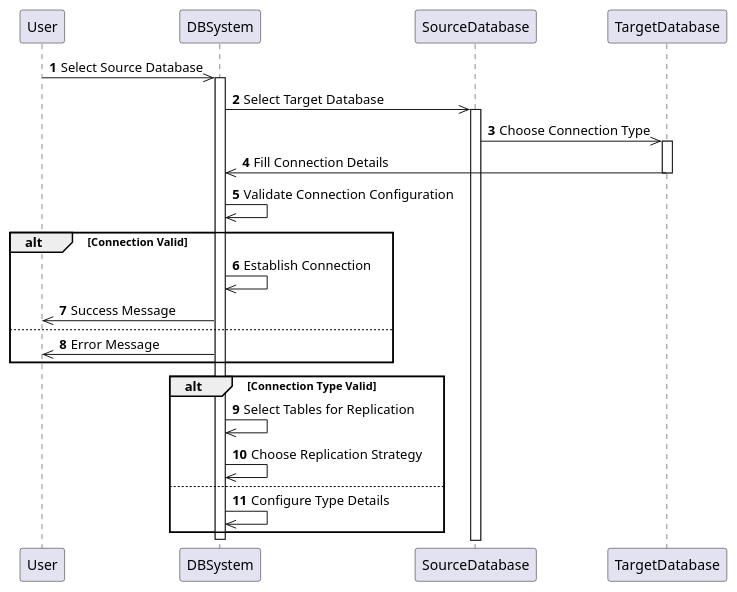
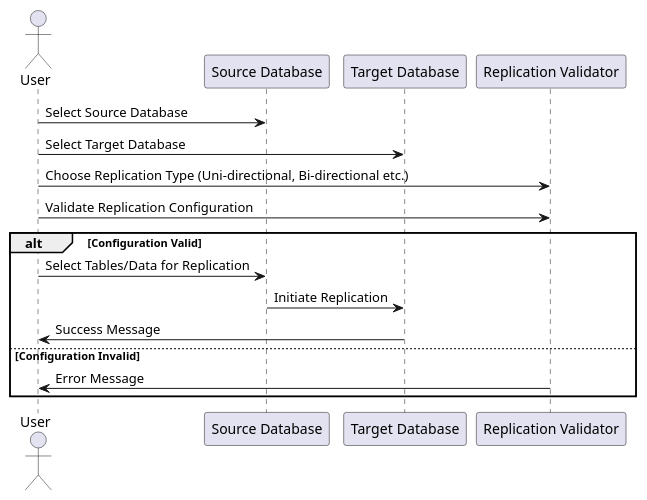
Before and after one commit to adam-omah/Final-Year-Project-Documents: the diagram in PlantUML/SequenceDiagrams/AddReplicationStrategy_Sequence.puml, drawn with PlantUML. The commit also changed 18 other files, not shown here.

```diff
--- a/PlantUML/SequenceDiagrams/AddReplicationStrategy_Sequence.puml
+++ b/PlantUML/SequenceDiagrams/AddReplicationStrategy_Sequence.puml
@@ -1,33 +1,20 @@
 @startuml
-'https://plantuml.com/sequence-diagram
 
-autonumber
+actor User
+participant "Source Database" as sourceDB
+participant "Target Database" as targetDB
+participant "Replication Validator" as validator
 
-participant User
-participant DBSystem
-participant SourceDatabase
-participant TargetDatabase
+User -> sourceDB : Select Source Database
+User -> targetDB : Select Target Database
+User -> validator : Choose Replication Type (Uni-directional, Bi-directional etc.)
+User -> validator : Validate Replication Configuration
+alt Configuration Valid
+    User -> sourceDB : Select Tables/Data for Replication
+    sourceDB -> targetDB : Initiate Replication
+    targetDB -> User : Success Message
+else Configuration Invalid
+    validator -> User : Error Message
+end
 
-User->>DBSystem: Select Source Database
-activate DBSystem
-DBSystem->>SourceDatabase: Select Target Database
-activate SourceDatabase
-SourceDatabase->>TargetDatabase: Choose Connection Type
-activate TargetDatabase
-TargetDatabase->>DBSystem: Fill Connection Details
-deactivate TargetDatabase
-DBSystem->>DBSystem: Validate Connection Configuration
-alt Connection Valid
-    DBSystem->>DBSystem: Establish Connection
-    DBSystem->>User: Success Message
-else
-    DBSystem->>User: Error Message
-end
-alt Connection Type Valid
-    DBSystem->>DBSystem: Select Tables for Replication
-    DBSystem->>DBSystem: Choose Replication Strategy
-else
-    DBSystem->>DBSystem: Configure Type Details
-end
-deactivate DBSystem
 @enduml
```
